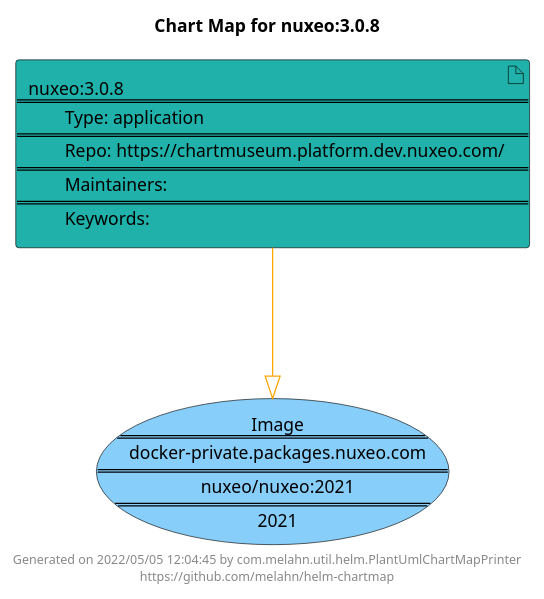
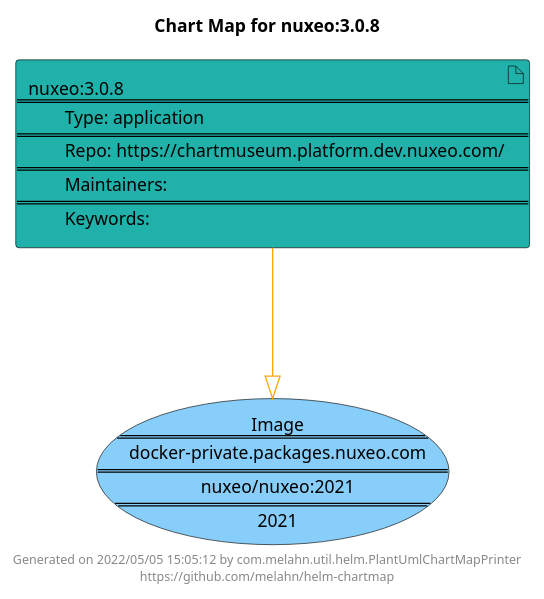
The diagram in docs/nuxeo/nuxeo-3.0.9.puml (melahn/helm-chartmap), drawn with PlantUML before and after one commit. The commit also changed 57 other files, not shown here.

Commit message:
Update Example Chart Maps as part of GitHub build

```diff
--- a/docs/nuxeo/nuxeo-3.0.9.puml
+++ b/docs/nuxeo/nuxeo-3.0.9.puml
@@ -1,21 +1,21 @@
 @startuml
 skinparam linetype ortho
 skinparam backgroundColor white
 skinparam usecaseBorderColor black
 skinparam usecaseArrowColor LightSlateGray
 skinparam artifactBorderColor black
 skinparam artifactArrowColor LightSlateGray
 
 title Chart Map for nuxeo:3.0.8
 
 'There is one referenced Helm Chart
 artifact "nuxeo:3.0.8\n====\n\tType: application\n====\n\tRepo: https://chartmuseum.platform.dev.nuxeo.com/\n====\n\tMaintainers: \n====\n\tKeywords: " as nuxeo_3_0_8 #LightSeaGreen
 
 'There is one referenced Docker Image
 usecase "Image\n====\ndocker-private.packages.nuxeo.com\n====\nnuxeo/nuxeo:2021\n====\n2021" as docker_private_packages_nuxeo_com_nuxeo_nuxeo_2021 #LightSkyBlue
 
 'Chart Dependencies
 nuxeo_3_0_8--[#orange]-|>docker_private_packages_nuxeo_com_nuxeo_nuxeo_2021
 
-center footer Generated on 2022/05/05 12:04:45 by com.melahn.util.helm.PlantUmlChartMapPrinter\nhttps://github.com/melahn/helm-chartmap
+center footer Generated on 2022/05/05 15:05:12 by com.melahn.util.helm.PlantUmlChartMapPrinter\nhttps://github.com/melahn/helm-chartmap
 @enduml
```
